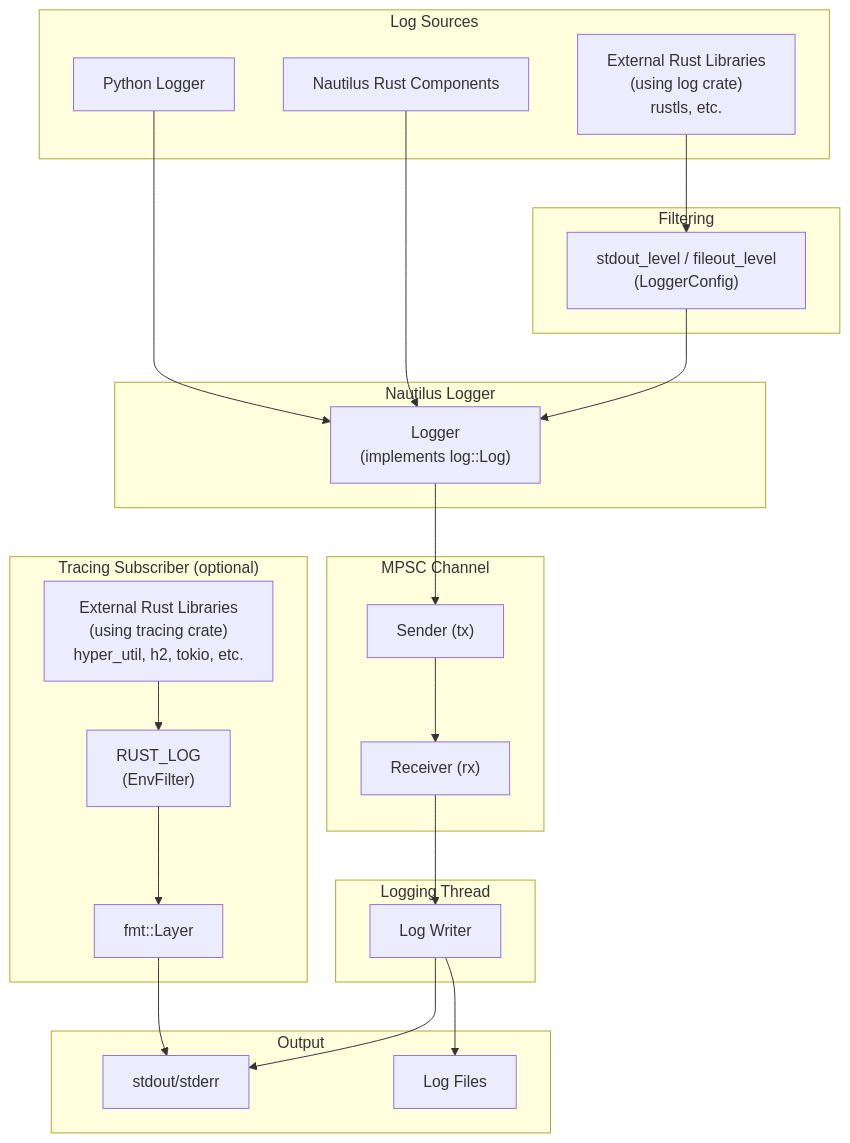
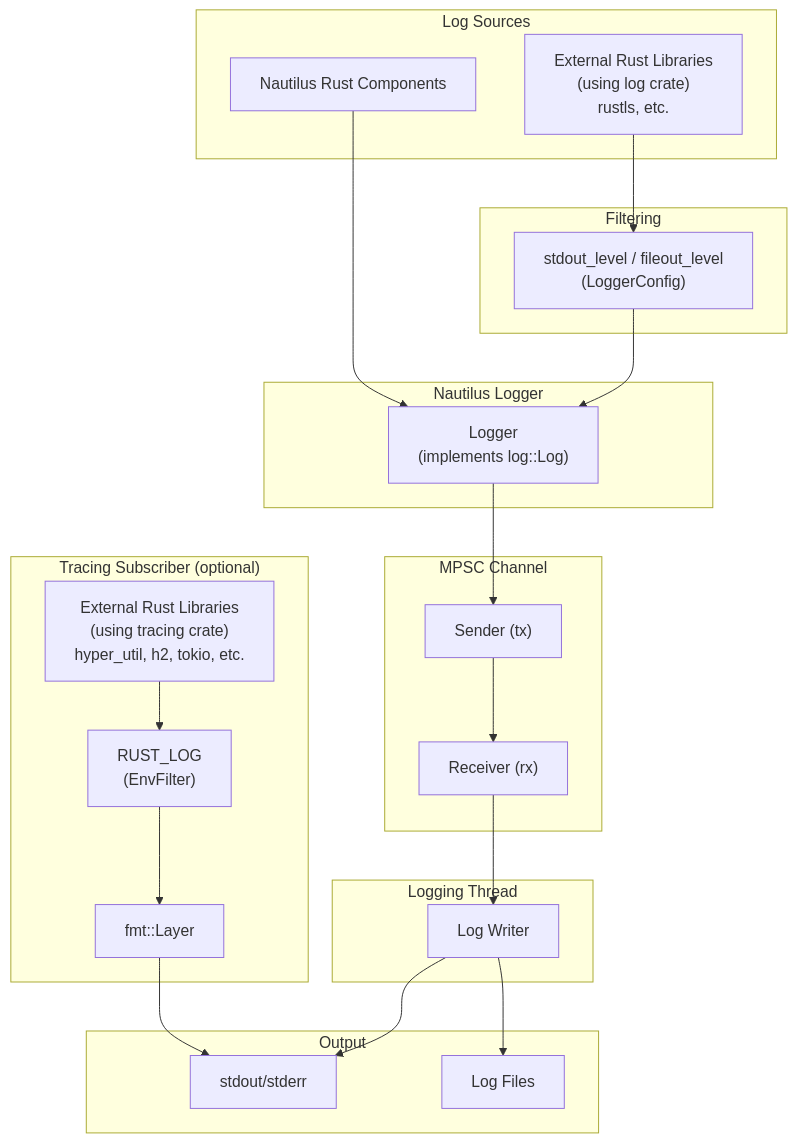
One commit to chai-rs/dxckboi changed the diagram in nautilus-docs-th/concepts/logging.md. Above: the diagram before and after it, drawn with Mermaid. The commit also changed other lines of this file and 130 other files, not shown here.

````diff
--- a/nautilus-docs-th/concepts/logging.md
+++ b/nautilus-docs-th/concepts/logging.md
@@ -22,46 +22,44 @@
 ```mermaid
 flowchart TB
     subgraph Sources["Log Sources"]
-        PY["Python Logger"]
         NAUT["Nautilus Rust Components"]
         LOG["External Rust Libraries<br/>(using log crate)<br/>rustls, etc."]
     end
 
     subgraph Filtering["Filtering"]
         LF["stdout_level / fileout_level<br/>(LoggerConfig)"]
     end
 
     subgraph Logger["Nautilus Logger"]
         NL["Logger<br/>(implements log::Log)"]
     end
 
     subgraph Channel["MPSC Channel"]
         TX["Sender (tx)"]
         RX["Receiver (rx)"]
     end
 
     subgraph Thread["Logging Thread"]
         LT["Log Writer"]
     end
 
     subgraph Output["Output"]
         STDOUT["stdout/stderr"]
         FILE["Log Files"]
     end
 
-    PY --> NL
     NAUT --> NL
     LOG --> LF --> NL
 
     NL --> TX --> RX --> LT
     LT --> STDOUT
     LT --> FILE
 
     subgraph Tracing["Tracing Subscriber (optional)"]
         TRACE["External Rust Libraries<br/>(using tracing crate)<br/>hyper_util, h2, tokio, etc."]
         EF["RUST_LOG<br/>(EnvFilter)"]
         FMT["fmt::Layer"]
     end
 
     TRACE --> EF --> FMT --> STDOUT
 ```
````
